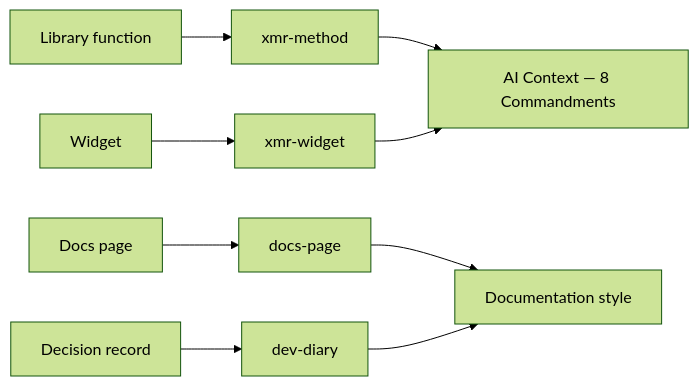
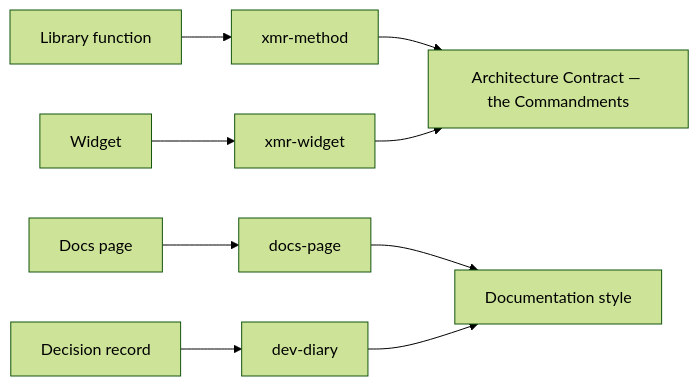
The diagram in docs/contributing/guide.md (andrewendlinger/xmris), drawn with Mermaid (forest theme) before and after one commit. The commit also changed other lines of this file and 13 other files, not shown here.

First line of the commit message:
docs: rewrite AI Context as the Architecture Contract

````diff
--- a/docs/contributing/guide.md
+++ b/docs/contributing/guide.md
@@ -22,12 +22,12 @@
 ```{mermaid}
 %%{init: {'flowchart': {'htmlLabels': false}}}%%
 flowchart LR
     C1["Library function"] --> M["xmr-method"]
     C2["Widget"] --> W["xmr-widget"]
     C3["Docs page"] --> P["docs-page"]
     C4["Decision record"] --> V["dev-diary"]
-    M --> A["AI Context — 8 Commandments"]
+    M --> A["Architecture Contract — the Commandments"]
     W --> A
     P --> H["Documentation style"]
     V --> H
 ```
````
